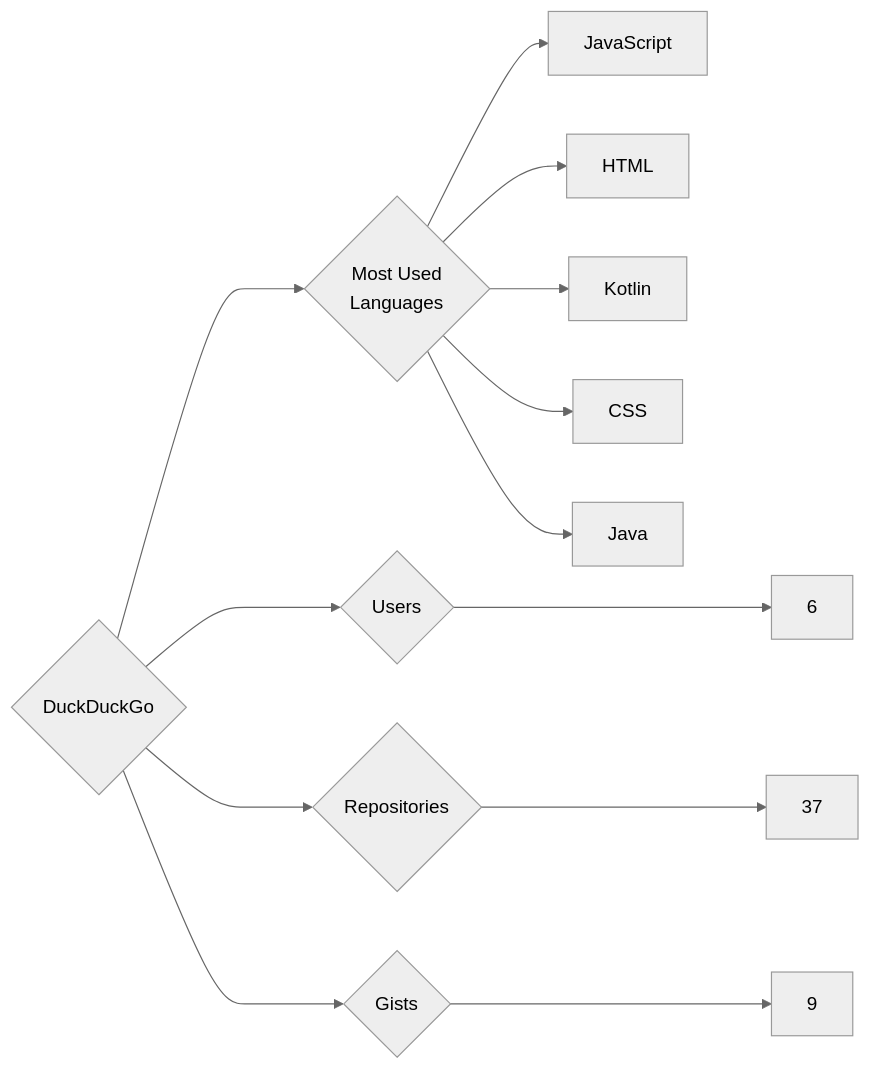
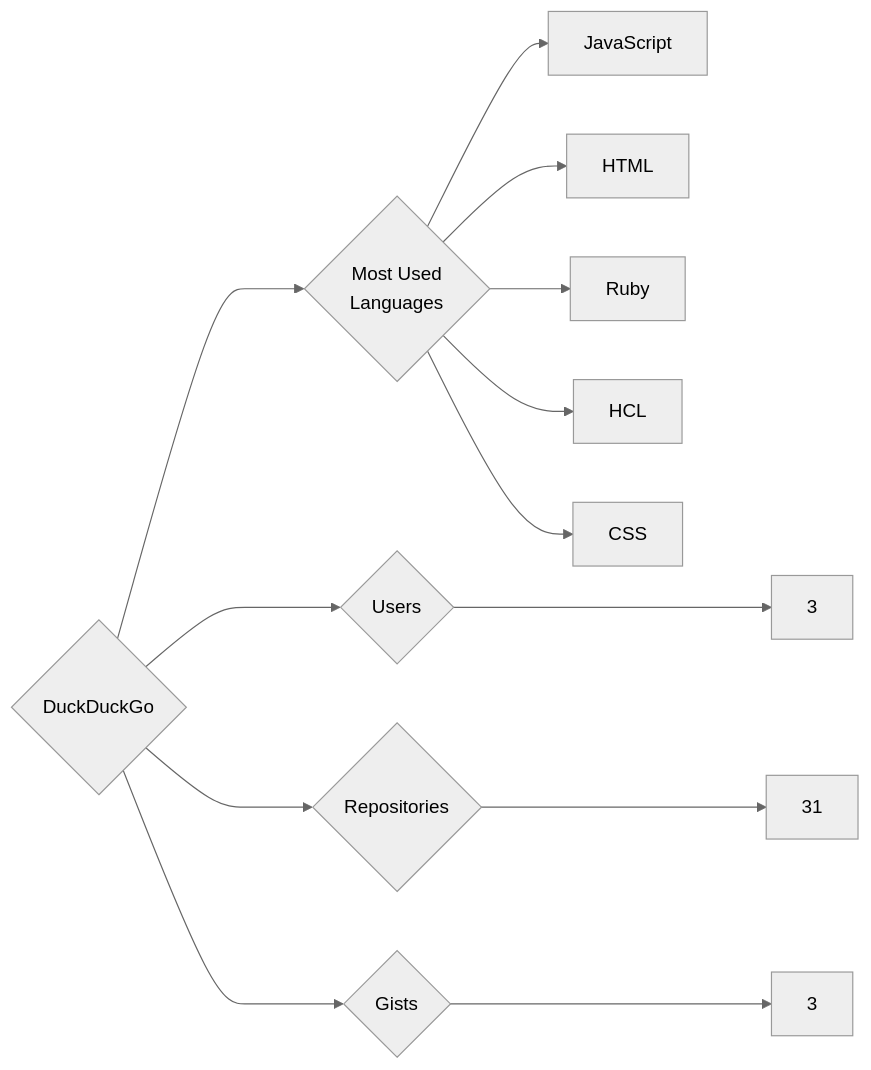
The diagram in targets/DuckDuckGo/README.md (trickest/insiders), drawn with Mermaid (neutral theme) before and after one commit. The commit also changed 1089 other files, not shown here.

````diff
--- a/targets/DuckDuckGo/README.md
+++ b/targets/DuckDuckGo/README.md
@@ -3,13 +3,13 @@
 ```mermaid
 graph LR
 COMPANY_NAME{DuckDuckGo}
-COMPANY_NAME ---> U{Users} ---> UN[6]
-COMPANY_NAME ---> R{Repositories} ---> RN[37]
-COMPANY_NAME ---> G{Gists} ---> GN[9]
+COMPANY_NAME ---> U{Users} ---> UN[3]
+COMPANY_NAME ---> R{Repositories} ---> RN[31]
+COMPANY_NAME ---> G{Gists} ---> GN[3]
 COMPANY_NAME ---> ML{Most Used<br>Languages}
 ML --> JavaScript[JavaScript]
 ML --> HTML[HTML]
-ML --> Kotlin[Kotlin]
+ML --> Ruby[Ruby]
+ML --> HCL[HCL]
 ML --> CSS[CSS]
-ML --> Java[Java]
 ```
````
